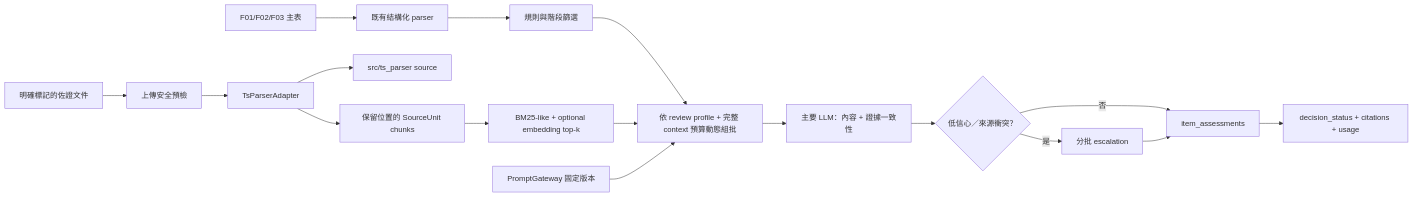
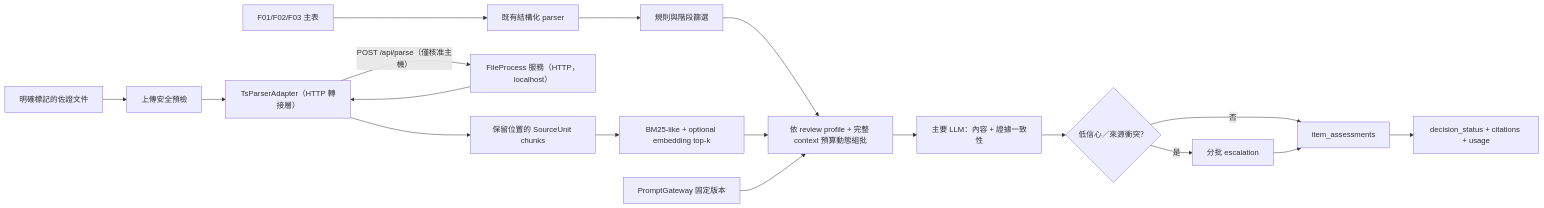
Before and after one commit to xian-ai-1057/AI_gov: the diagram in docs/f03_review_v2.md, drawn with Mermaid. The commit also changed other lines of this file and 21 other files, not shown here.

First line of the commit message:
refactor(parsers)!: 佐證解析改走 FileProcess 服務，移除內嵌 ts_parser

````diff
--- a/docs/f03_review_v2.md
+++ b/docs/f03_review_v2.md
@@ -5,19 +5,20 @@
 ```mermaid
 flowchart LR
     U["F01/F02/F03 主表"] --> S["既有結構化 parser"]
     D["明確標記的佐證文件"] --> V["上傳安全預檢"]
-    V --> A["TsParserAdapter"]
-    A --> T["src/ts_parser source"]
+    V --> A["TsParserAdapter（HTTP 轉接層）"]
+    A -->|"POST /api/parse（僅核准主機）"| T["FileProcess 服務（HTTP，localhost）"]
+    T --> A
     A --> C["保留位置的 SourceUnit chunks"]
     S --> R["規則與階段篩選"]
     C --> H["BM25-like + optional embedding top-k"]
     R --> B["依 review profile + 完整 context 預算動態組批"]
     H --> B
     P["PromptGateway 固定版本"] --> B
     B --> L["主要 LLM：內容 + 證據一致性"]
     L --> E{"低信心／來源衝突？"}
     E -->|是| X["分批 escalation"]
     E -->|否| O["item_assessments"]
     X --> O
     O --> Q["decision_status + citations + usage"]
 ```
````
